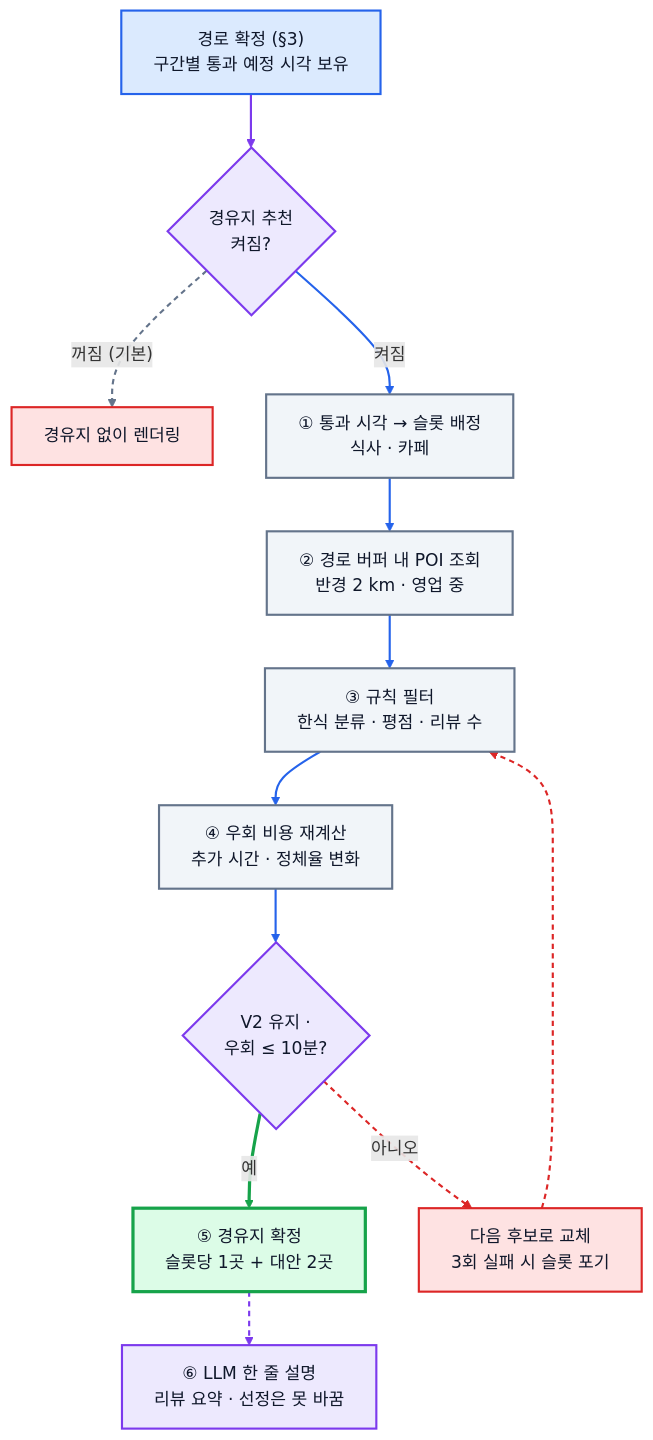
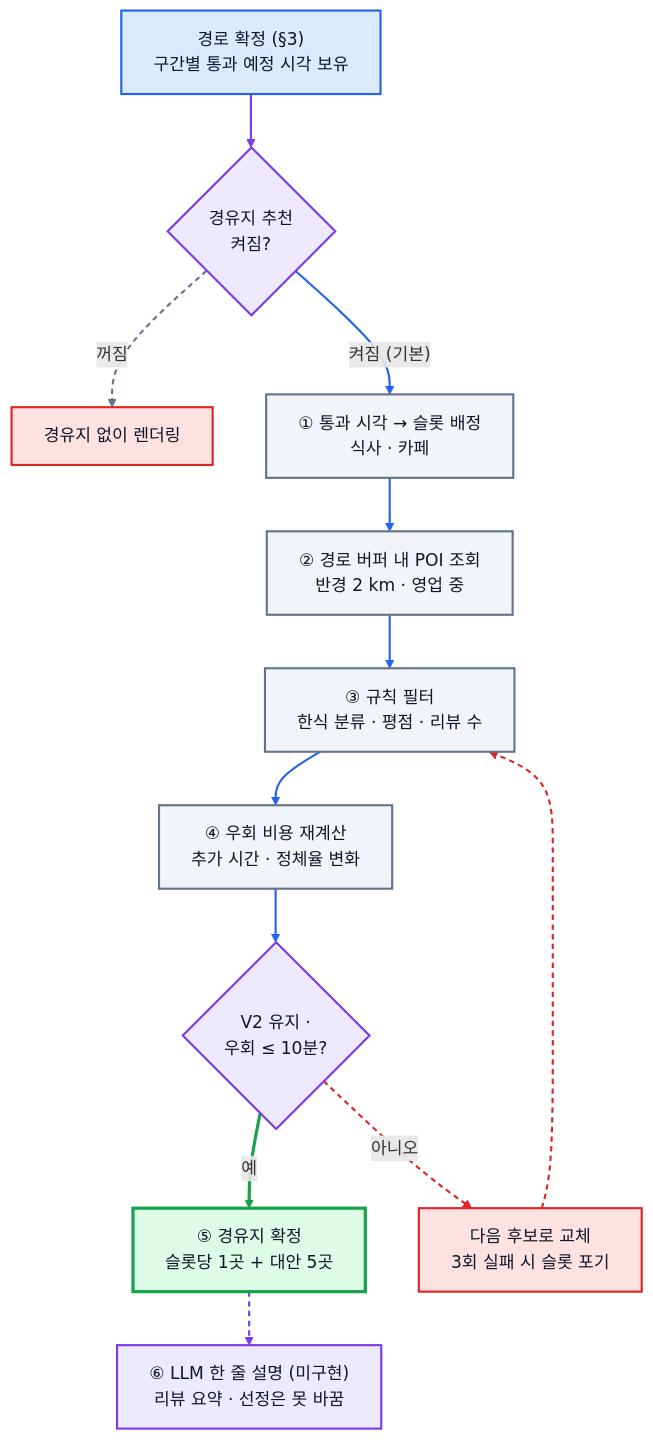
One commit to rome777/aiffel_test changed the eighth of 11 diagrams in README.md. Above: the diagram before and after it, drawn with Mermaid. The commit also changed other lines of this file, not shown here.

````diff
--- a/README.md
+++ b/README.md
@@ -535,35 +563,35 @@
 ```mermaid
 graph TD
     A["경로 확정 (§3)<br/>구간별 통과 예정 시각 보유"] --> B{"경유지 추천<br/>켜짐?"}
-    B -- "꺼짐 (기본)" --> Z["경유지 없이 렌더링"]
-    B -- "켜짐" --> C["① 통과 시각 → 슬롯 배정<br/>식사 · 카페"]
+    B -- "꺼짐" --> Z["경유지 없이 렌더링"]
+    B -- "켜짐 (기본)" --> C["① 통과 시각 → 슬롯 배정<br/>식사 · 카페"]
     C --> D["② 경로 버퍼 내 POI 조회<br/>반경 2 km · 영업 중"]
     D --> E["③ 규칙 필터<br/>한식 분류 · 평점 · 리뷰 수"]
     E --> F["④ 우회 비용 재계산<br/>추가 시간 · 정체율 변화"]
     F --> G{"V2 유지 ·<br/>우회 ≤ 10분?"}
-    G -- "예" --> H["⑤ 경유지 확정<br/>슬롯당 1곳 + 대안 2곳"]
+    G -- "예" --> H["⑤ 경유지 확정<br/>슬롯당 1곳 + 대안 5곳"]
     G -- "아니오" --> I["다음 후보로 교체<br/>3회 실패 시 슬롯 포기"]
     I --> E
-    H --> J["⑥ LLM 한 줄 설명<br/>리뷰 요약 · 선정은 못 바꿈"]
+    H --> J["⑥ LLM 한 줄 설명 (미구현)<br/>리뷰 요약 · 선정은 못 바꿈"]
 
     classDef entry  fill:#dbeafe,stroke:#2563eb,stroke-width:2px,color:#0f172a
     classDef decide fill:#ede9fe,stroke:#7c3aed,stroke-width:2px,color:#0f172a
     classDef proc   fill:#f1f5f9,stroke:#64748b,stroke-width:2px,color:#0f172a
     classDef ok     fill:#dcfce7,stroke:#16a34a,stroke-width:3px,color:#0f172a
     classDef warn   fill:#fee2e2,stroke:#dc2626,stroke-width:2px,color:#0f172a
     classDef llm    fill:#ede9fe,stroke:#7c3aed,stroke-width:2px,color:#0f172a
 
     class A entry
     class B,G decide
     class C,D,E,F proc
     class H ok
     class I,Z warn
     class J llm
 
     linkStyle 0 stroke:#7c3aed,stroke-width:2px
     linkStyle 1 stroke:#64748b,stroke-width:2px,stroke-dasharray:5 4
     linkStyle 2,3,4,5,6 stroke:#2563eb,stroke-width:2px
     linkStyle 7 stroke:#16a34a,stroke-width:3px
     linkStyle 8,9 stroke:#dc2626,stroke-width:2px,stroke-dasharray:5 4
     linkStyle 10 stroke:#7c3aed,stroke-width:2px,stroke-dasharray:5 4
 ```
````
